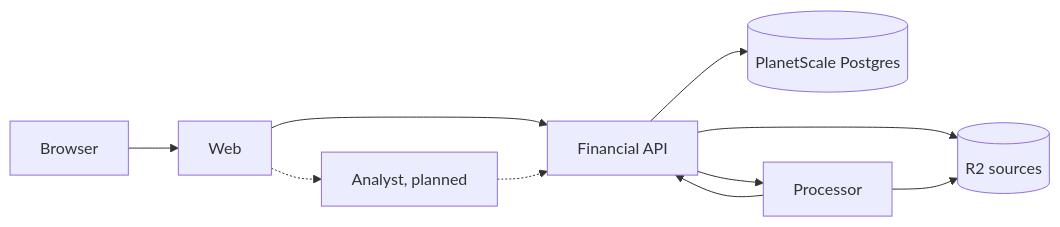
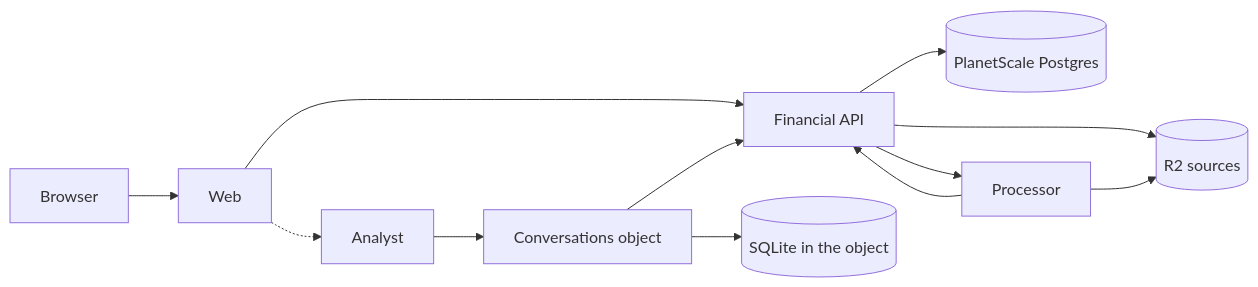
One commit to AdiRishi/ironcage changed the diagram in docs/reference/architecture.mdx. Above: the diagram before and after it, drawn with Mermaid. The commit also changed other lines of this file and 133 other files, not shown here.

````diff
--- a/docs/reference/architecture.mdx
+++ b/docs/reference/architecture.mdx
@@ -15,12 +15,14 @@
 ```mermaid
 flowchart LR
     Browser --> Web
     Web --> API[Financial API]
-    Web -.-> Analyst[Analyst, planned]
+    Web -.-> Analyst
+    Analyst --> Conversations[Conversations object]
+    Conversations --> Store[(SQLite in the object)]
+    Conversations --> API
     API --> DB[(PlanetScale Postgres)]
     API --> Sources[(R2 sources)]
     API --> Processor
     Processor --> API
     Processor --> Sources
-    Analyst -.-> API
 ```
````
